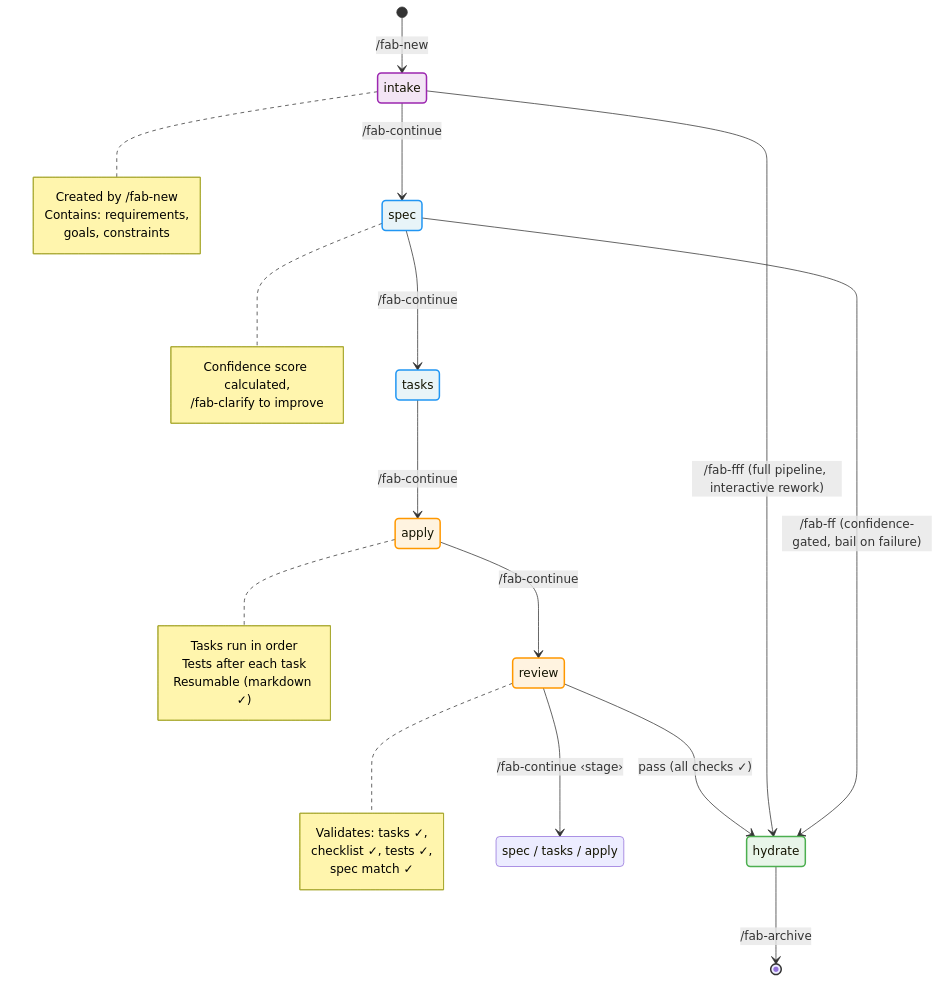
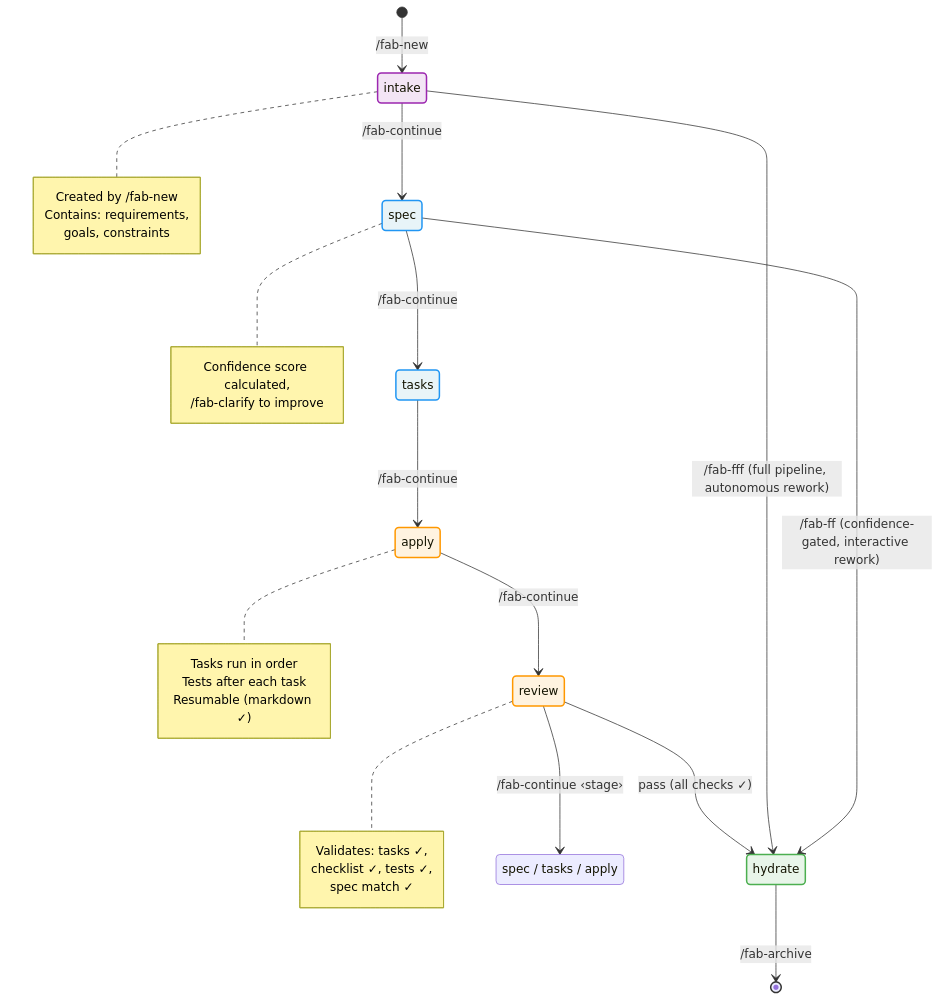
The fifth of 5 diagrams in docs/specs/user-flow.md (wvrdz/fab-kit), drawn with Mermaid before and after one commit. The commit also changed other lines of this file and 11 other files, not shown here.

First line of the commit message:
feat: swap fab-ff and fab-fff review failure behavior

````diff
--- a/docs/specs/user-flow.md
+++ b/docs/specs/user-flow.md
@@ -188,57 +188,57 @@
 ```mermaid
 stateDiagram-v2
     direction TB
 
     [*] --> intake: /fab-new
 
     intake --> spec: /fab-continue
 
     spec --> tasks: /fab-continue
-    spec --> hydrate: /fab-ff (confidence-gated, bail on failure)
-    intake --> hydrate: /fab-fff (full pipeline, interactive rework)
+    spec --> hydrate: /fab-ff (confidence-gated, interactive rework)
+    intake --> hydrate: /fab-fff (full pipeline, autonomous rework)
 
     tasks --> apply: /fab-continue
 
     apply --> review: /fab-continue
 
     review --> hydrate: pass (all checks ✓)
     review --> earlier_stage: /fab-continue ‹stage›
 
     state "spec / tasks / apply" as earlier_stage
 
     hydrate --> [*]: /fab-archive
 
     note right of intake
         Created by /fab-new
         Contains: requirements,
         goals, constraints
     end note
 
     note right of spec
         Confidence score calculated,
         /fab-clarify to improve
     end note
 
     note right of apply
         Tasks run in order
         Tests after each task
         Resumable (markdown ✓)
     end note
 
     note right of review
         Validates: tasks ✓,
         checklist ✓, tests ✓,
         spec match ✓
     end note
 
     %% Styles
     classDef planning fill:#e8f4f8,stroke:#2196F3,stroke-width:2px
     classDef execution fill:#fff3e0,stroke:#FF9800,stroke-width:2px
     classDef completion fill:#e8f5e9,stroke:#4CAF50,stroke-width:2px
     classDef input fill:#f3e5f5,stroke:#9C27B0,stroke-width:2px
 
     class intake input
     class spec,tasks planning
     class apply,review execution
     class hydrate completion
 ```
````
